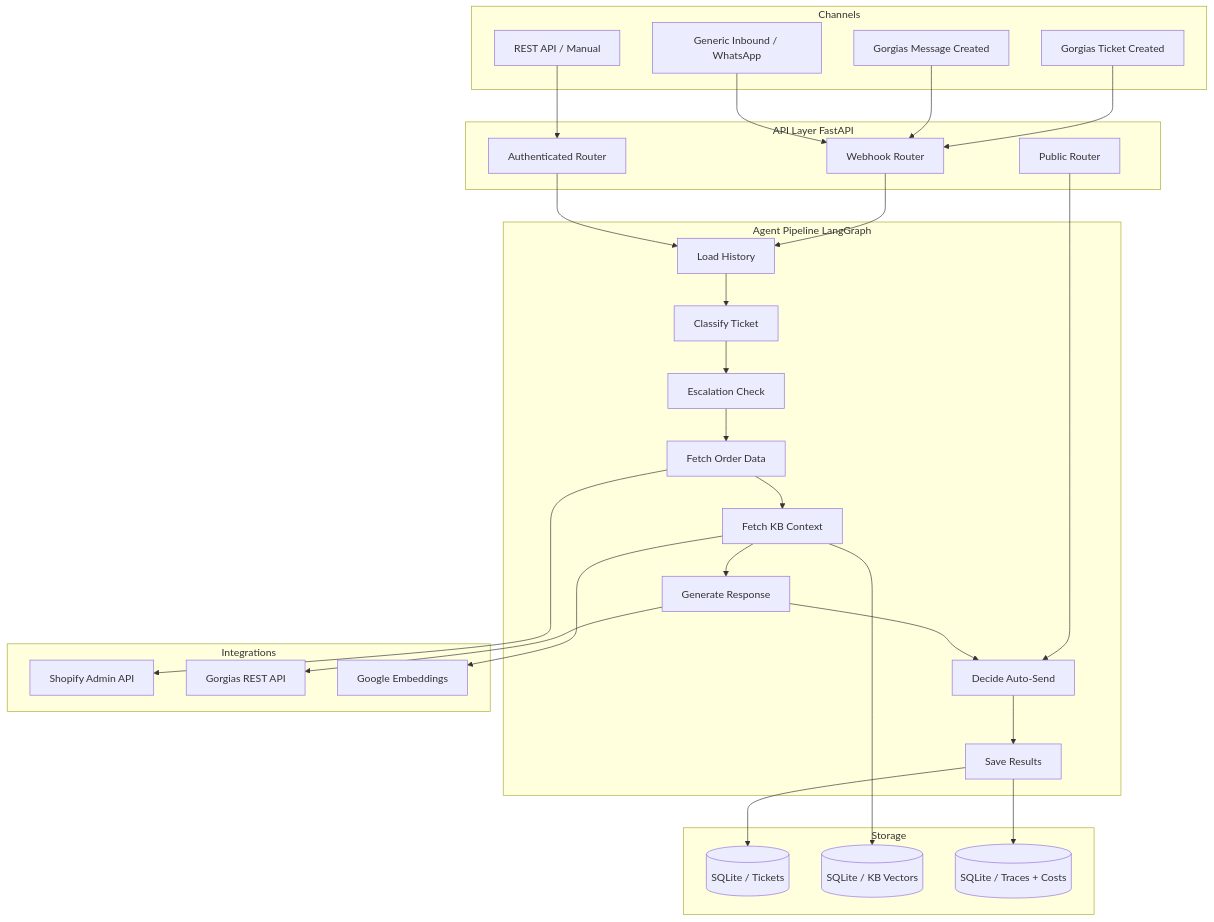
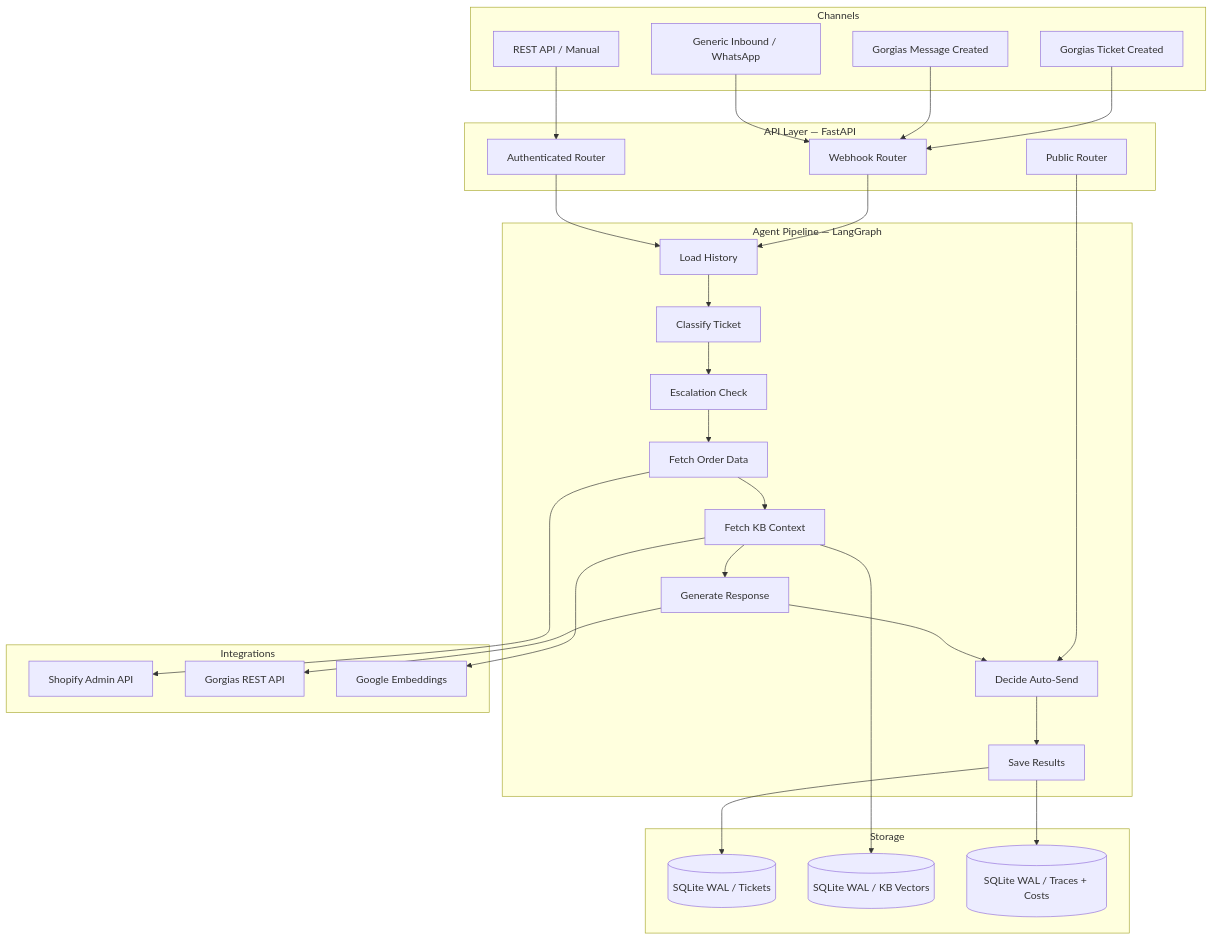
Before and after one commit to Ismail-2001/AI-support-operations-platform-for-Shopify-stores: the first of 3 diagrams in README.md, drawn with Mermaid. The commit also changed other lines of this file, not shown here.

````diff
--- a/README.md
+++ b/README.md
@@ -150,55 +125,55 @@
 ```mermaid
 graph TB
     subgraph Channels
         A[Gorgias Ticket Created]
         B[Gorgias Message Created]
         C[REST API / Manual]
         D[Generic Inbound / WhatsApp]
     end
 
-    subgraph "API Layer FastAPI"
+    subgraph "API Layer — FastAPI"
         E[Webhook Router]
         F[Authenticated Router]
         G[Public Router]
     end
 
-    subgraph "Agent Pipeline LangGraph"
+    subgraph "Agent Pipeline — LangGraph"
         H[Load History]
         I[Classify Ticket]
         J[Escalation Check]
         K[Fetch Order Data]
         L[Fetch KB Context]
         M[Generate Response]
         N[Decide Auto-Send]
         O[Save Results]
     end
 
     subgraph Integrations
         P[Shopify Admin API]
         Q[Gorgias REST API]
         R[Google Embeddings]
     end
 
     subgraph Storage
-        S[(SQLite / Tickets)]
-        T[(SQLite / KB Vectors)]
-        U[(SQLite / Traces + Costs)]
+        S[(SQLite WAL / Tickets)]
+        T[(SQLite WAL / KB Vectors)]
+        U[(SQLite WAL / Traces + Costs)]
     end
 
     A --> E
     B --> E
     C --> F
     D --> E
     E --> H
     F --> H
     G --> N
 
     H --> I --> J --> K --> L --> M --> N --> O
 
     K --> P
     M --> Q
     L --> R
     O --> S
     O --> U
     L --> T
 ```
````
